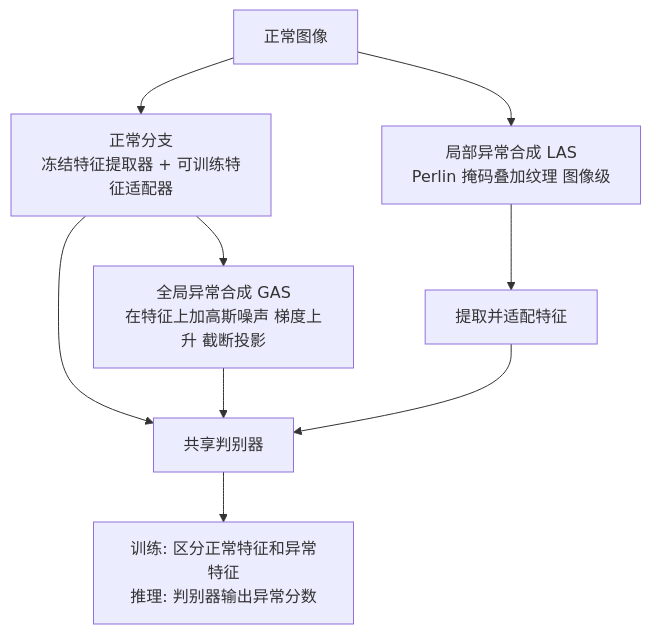
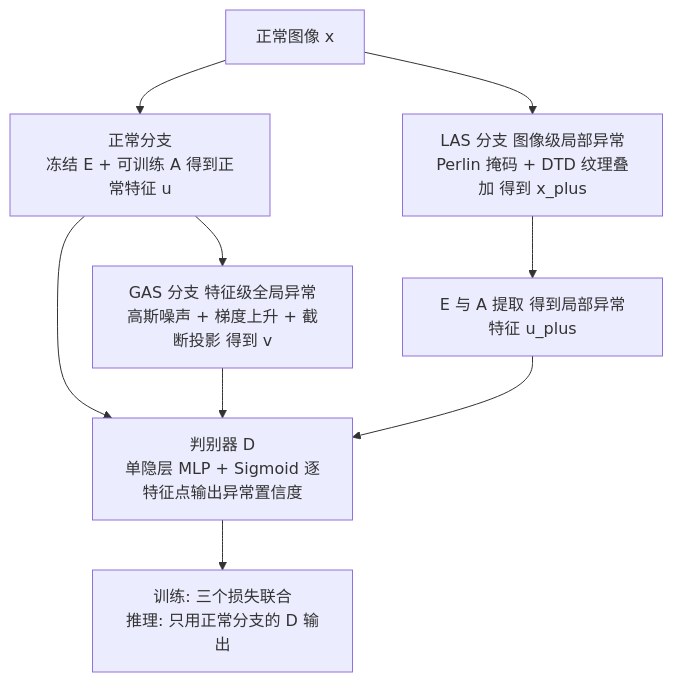
The diagram in docs/0746_paper_GLASS.md (junxnone/aiwiki), drawn with Mermaid before and after one commit. The commit also changed other lines of this file and 1 other file, not shown here.

````diff
--- a/docs/0746_paper_GLASS.md
+++ b/docs/0746_paper_GLASS.md
@@ -21,11 +23,11 @@
 ```mermaid
 graph TD
-    X["正常图像"] --> N["正常分支<br/>冻结特征提取器 + 可训练特征适配器"]
-    N --> GAS["全局异常合成 GAS<br/>在特征上加高斯噪声 梯度上升 截断投影"]
-    X --> LAS["局部异常合成 LAS<br/>Perlin 掩码叠加纹理 图像级"]
-    LAS --> N2["提取并适配特征"]
-    N --> D["共享判别器"]
+    X["正常图像 x"] --> N["正常分支<br/>冻结 E + 可训练 A 得到正常特征 u"]
+    N --> GAS["GAS 分支 特征级全局异常<br/>高斯噪声 + 梯度上升 + 截断投影 得到 v"]
+    X --> LAS["LAS 分支 图像级局部异常<br/>Perlin 掩码 + DTD 纹理叠加 得到 x_plus"]
+    LAS --> N2["E 与 A 提取 得到局部异常特征 u_plus"]
+    N --> D["判别器 D<br/>单隐层 MLP + Sigmoid 逐特征点输出异常置信度"]
     GAS --> D
     N2 --> D
-    D --> OUT["训练: 区分正常特征和异常特征<br/>推理: 判别器输出异常分数"]
+    D --> OUT["训练: 三个损失联合<br/>推理: 只用正常分支的 D 输出"]
 ```
````
